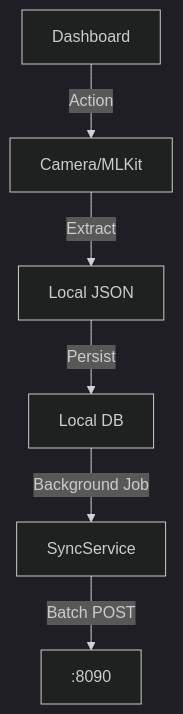
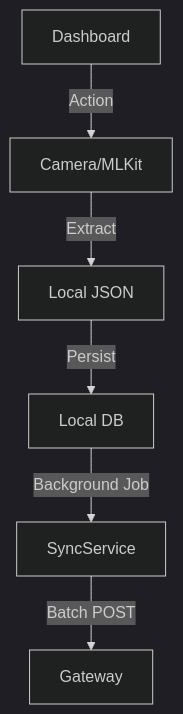
One commit to internetartsy/JK changed the second of 2 diagrams in documentation/native.md. Above: the diagram before and after it, drawn with Mermaid (dark theme). The commit also changed other lines of this file and 37 other files, not shown here.

````diff
--- a/documentation/native.md
+++ b/documentation/native.md
@@ -72,9 +72,9 @@
 ```mermaid
 graph TD
-    UI[Dashboard] -->|Action| OCR[Camera/MLKit]
-    OCR -->|Extract| JSON[Local JSON]
-    JSON -->|Persist| SQLite[Local DB]
+    UI["Dashboard"] -->|"Action"| OCR["Camera/MLKit"]
+    OCR -->|"Extract"| JSON["Local JSON"]
+    JSON -->|"Persist"| SQLite["Local DB"]
     
-    SQLite -->|Background Job| SyncService
-    SyncService -->|Batch POST| Gateway[:8090]
+    SQLite -->|"Background Job"| SyncService
+    SyncService -->|"Batch POST"| Gateway
 ```
````
